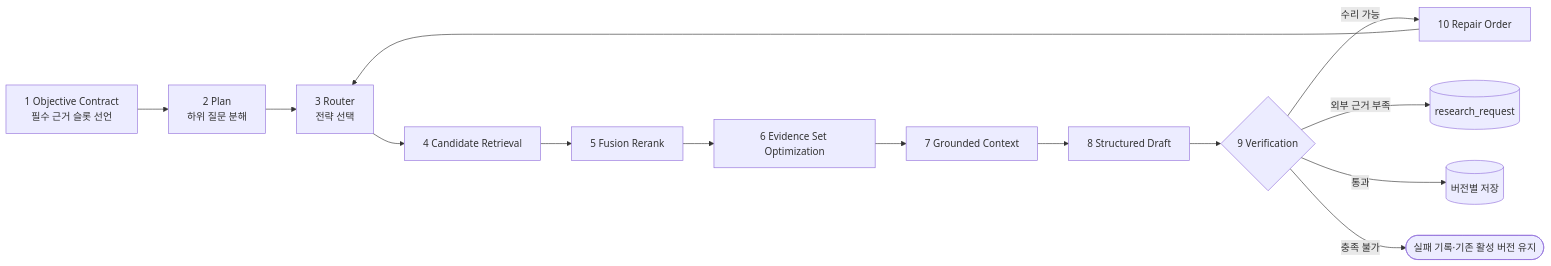
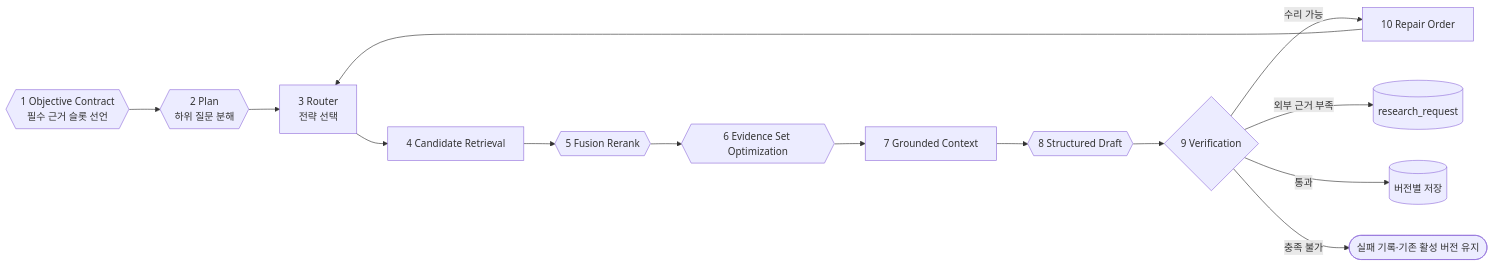
The first of 2 diagrams in docs/agent-design.md (Mureung1/hub-showcase), drawn with Mermaid before and after one commit. The commit also changed other lines of this file and 26 other files, not shown here.

````diff
--- a/docs/agent-design.md
+++ b/docs/agent-design.md
@@ -71,16 +71,16 @@
 ```mermaid
 flowchart LR
-    C["1 Objective Contract<br/>필수 근거 슬롯 선언"] --> P["2 Plan<br/>하위 질문 분해"]
+    C{{"1 Objective Contract<br/>필수 근거 슬롯 선언"}} --> P{{"2 Plan<br/>하위 질문 분해"}}
     P --> R["3 Router<br/>전략 선택"]
     R --> G["4 Candidate Retrieval"]
-    G --> F["5 Fusion Rerank"]
-    F --> E["6 Evidence Set Optimization"]
+    G --> F{{"5 Fusion Rerank"}}
+    F --> E{{"6 Evidence Set Optimization"}}
     E --> M["7 Grounded Context"]
-    M --> D["8 Structured Draft"]
+    M --> D{{"8 Structured Draft"}}
     D --> V{"9 Verification"}
     V -->|"수리 가능"| X["10 Repair Order"]
     X --> R
     V -->|"외부 근거 부족"| Q[("research_request")]
     V -->|"통과"| S[("버전별 저장")]
     V -->|"충족 불가"| Z(["실패 기록·기존 활성 버전 유지"])
 ```
````
